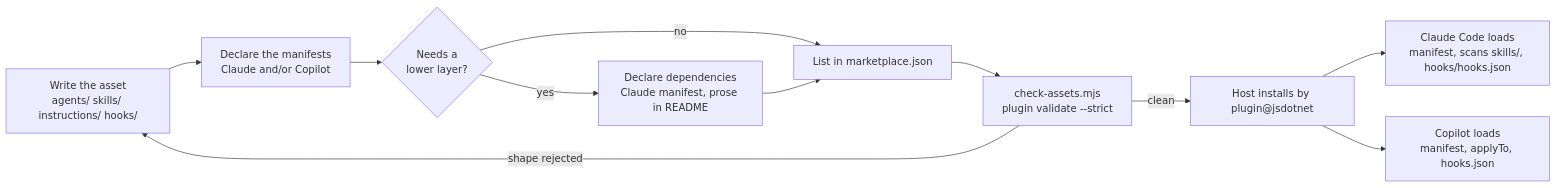
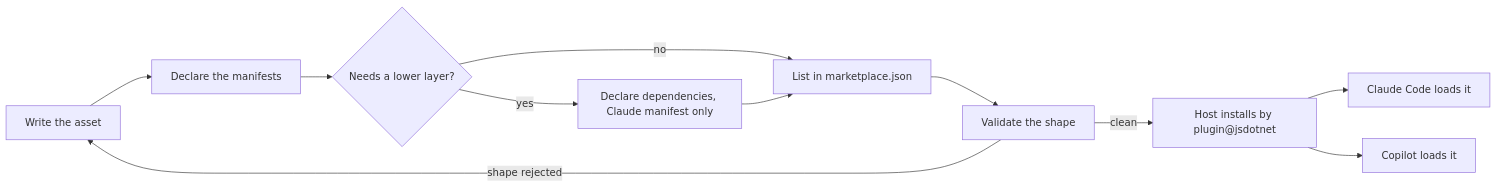
Before and after one commit to JSdotNet/ai-agent-stack: the first of 3 diagrams in .devbook/domain/plugin-authoring/flow.md, drawn with Mermaid. The commit also changed other lines of this file, not shown here.

Commit message:
Drop the semicolon that split a state transition label
A semicolon terminates a statement in stateDiagram-v2, so the Drifted ->
Materialized label parsed as a valid transition plus five bare states named
";", "sync", "never", "overwrites", and "silently". mermaid.parse() accepted
it - the render is what showed it, five stray boxes floating beside the start
node.

Reword the label without the semicolon. All three diagrams verified by
rendering them, not only by parsing them.

````diff
--- a/.devbook/domain/plugin-authoring/flow.md
+++ b/.devbook/domain/plugin-authoring/flow.md
@@ -19,13 +19,13 @@
 ```mermaid
 flowchart LR
-    write["Write the asset<br/>agents/ skills/ instructions/ hooks/"] --> manifests["Declare the manifests<br/>Claude and/or Copilot"]
-    manifests --> deps{"Needs a<br/>lower layer?"}
-    deps -->|yes| declare["Declare dependencies<br/>Claude manifest, prose in README"]
+    write["Write the asset"] --> manifests["Declare the manifests"]
+    manifests --> deps{"Needs a lower layer?"}
+    deps -->|yes| declare["Declare dependencies, Claude manifest only"]
     deps -->|no| list
     declare --> list["List in marketplace.json"]
-    list --> check["check-assets.mjs<br/>plugin validate --strict"]
+    list --> check["Validate the shape"]
     check -->|shape rejected| write
     check -->|clean| install["Host installs by plugin@jsdotnet"]
-    install --> claude["Claude Code loads<br/>manifest, scans skills/, hooks/hooks.json"]
-    install --> copilot["Copilot loads<br/>manifest, applyTo, hooks.json"]
+    install --> claude["Claude Code loads it"]
+    install --> copilot["Copilot loads it"]
 ```
````
